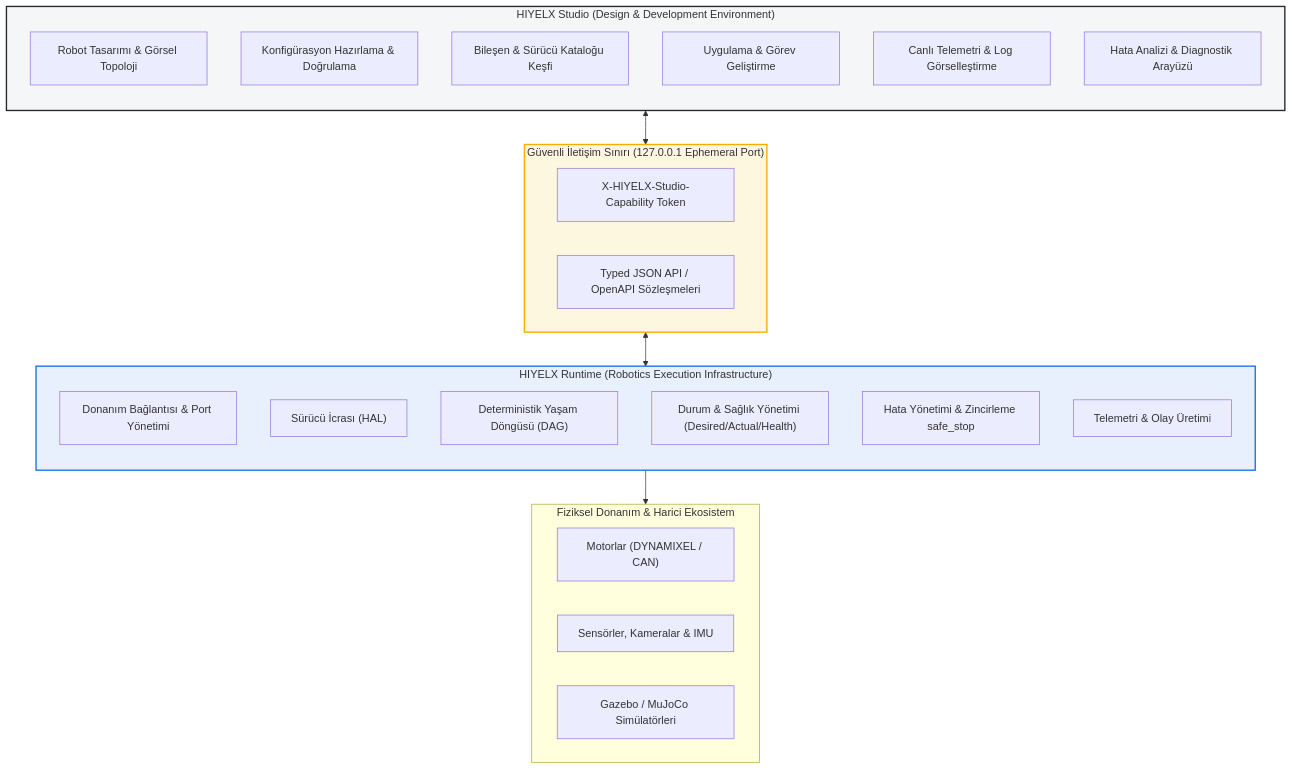
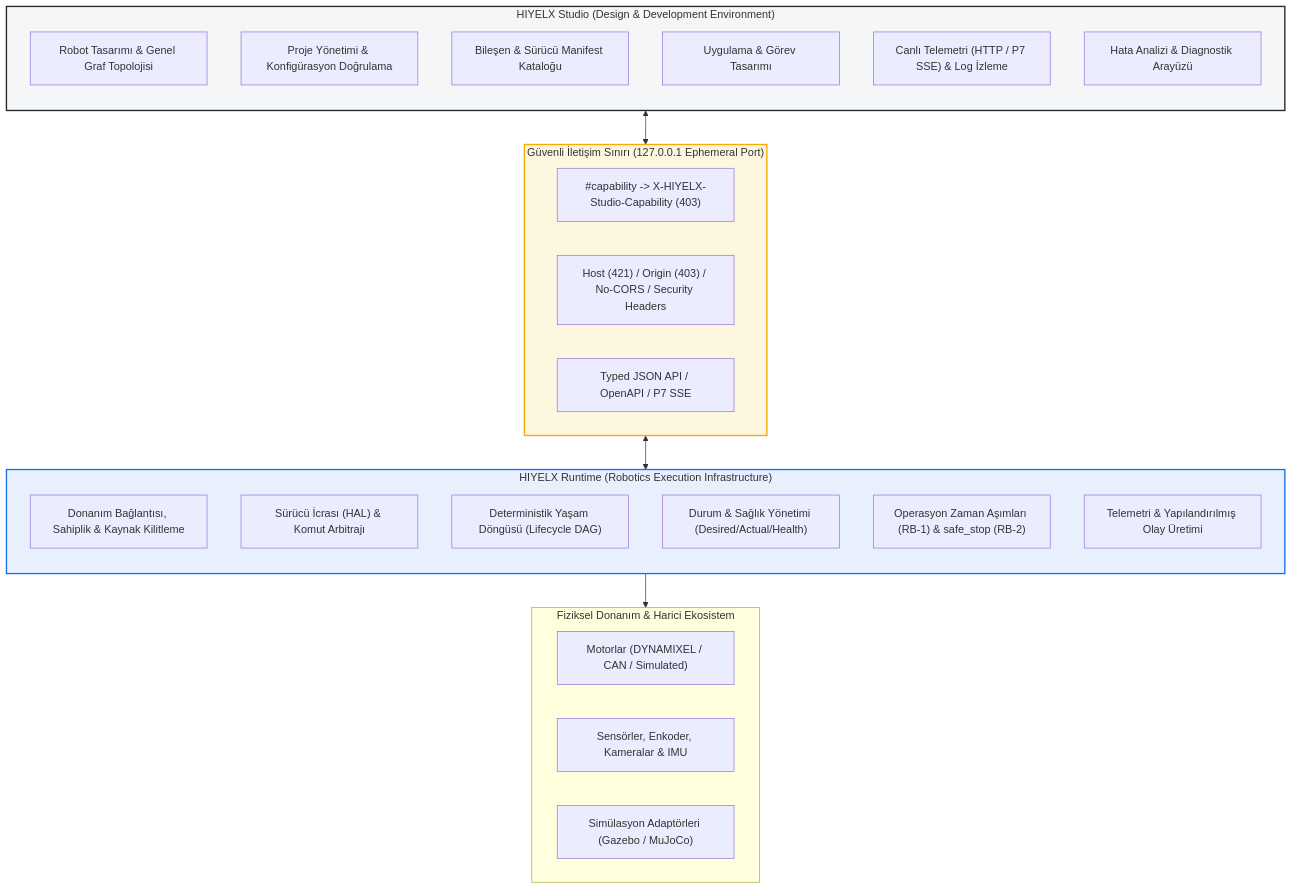
One commit to ulasusakli/hiyelx changed the first of 3 diagrams in docs/plans/STUDIO_ROADMAP.md. Above: the diagram before and after it, drawn with Mermaid. The commit also changed other lines of this file and 4 other files, not shown here.

Commit message:
docs(studio): sync ADR 0002 v1.1, spec, roadmap, and add P3/P4 technical designs

````diff
--- a/docs/plans/STUDIO_ROADMAP.md
+++ b/docs/plans/STUDIO_ROADMAP.md
@@ -26,40 +27,41 @@
 ```mermaid
 flowchart TB
     subgraph Studio_Boundary["HIYELX Studio (Design & Development Environment)"]
         direction TB
-        S1["Robot Tasarımı & Görsel Topoloji"]
-        S2["Konfigürasyon Hazırlama & Doğrulama"]
-        S3["Bileşen & Sürücü Kataloğu Keşfi"]
-        S4["Uygulama & Görev Geliştirme"]
-        S5["Canlı Telemetri & Log Görselleştirme"]
+        S1["Robot Tasarımı & Genel Graf Topolojisi"]
+        S2["Proje Yönetimi & Konfigürasyon Doğrulama"]
+        S3["Bileşen & Sürücü Manifest Kataloğu"]
+        S4["Uygulama & Görev Tasarımı"]
+        S5["Canlı Telemetri (HTTP / P7 SSE) & Log İzleme"]
         S6["Hata Analizi & Diagnostik Arayüzü"]
     end
 
     subgraph API_Boundary["Güvenli İletişim Sınırı (127.0.0.1 Ephemeral Port)"]
-        Token["X-HIYELX-Studio-Capability Token"]
-        Client["Typed JSON API / OpenAPI Sözleşmeleri"]
+        Token["#capability -> X-HIYELX-Studio-Capability (403)"]
+        Guards["Host (421) / Origin (403) / No-CORS / Security Headers"]
+        Client["Typed JSON API / OpenAPI / P7 SSE"]
     end
 
     subgraph Runtime_Boundary["HIYELX Runtime (Robotics Execution Infrastructure)"]
         direction TB
-        R1["Donanım Bağlantısı & Port Yönetimi"]
-        R2["Sürücü İcrası (HAL)"]
-        R3["Deterministik Yaşam Döngüsü (DAG)"]
+        R1["Donanım Bağlantısı, Sahiplik & Kaynak Kilitleme"]
+        R2["Sürücü İcrası (HAL) & Komut Arbitrajı"]
+        R3["Deterministik Yaşam Döngüsü (Lifecycle DAG)"]
         R4["Durum & Sağlık Yönetimi (Desired/Actual/Health)"]
-        R5["Hata Yönetimi & Zincirleme safe_stop"]
-        R6["Telemetri & Olay Üretimi"]
+        R5["Operasyon Zaman Aşımları (RB-1) & safe_stop (RB-2)"]
+        R6["Telemetri & Yapılandırılmış Olay Üretimi"]
     end
 
     subgraph Physical_Hardware["Fiziksel Donanım & Harici Ekosistem"]
-        Motors["Motorlar (DYNAMIXEL / CAN)"]
-        Sensors["Sensörler, Kameralar & IMU"]
-        Sim["Gazebo / MuJoCo Simülatörleri"]
+        Motors["Motorlar (DYNAMIXEL / CAN / Simulated)"]
+        Sensors["Sensörler, Enkoder, Kameralar & IMU"]
+        Sim["Simülasyon Adaptörleri (Gazebo / MuJoCo)"]
     end
 
     Studio_Boundary <--> API_Boundary <--> Runtime_Boundary
     Runtime_Boundary --> Physical_Hardware
 
     style Studio_Boundary fill:#f4f6f8,stroke:#24292e,stroke-width:2px
     style Runtime_Boundary fill:#e8f0fe,stroke:#1a73e8,stroke-width:2px
     style API_Boundary fill:#fef7e0,stroke:#f9ab00,stroke-width:2px
 ```
````
